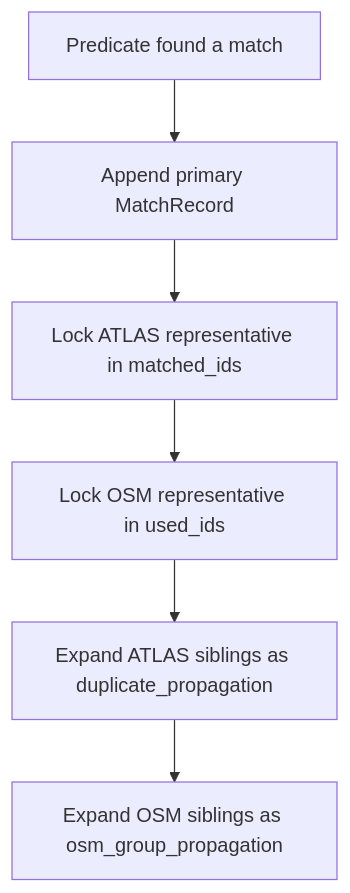
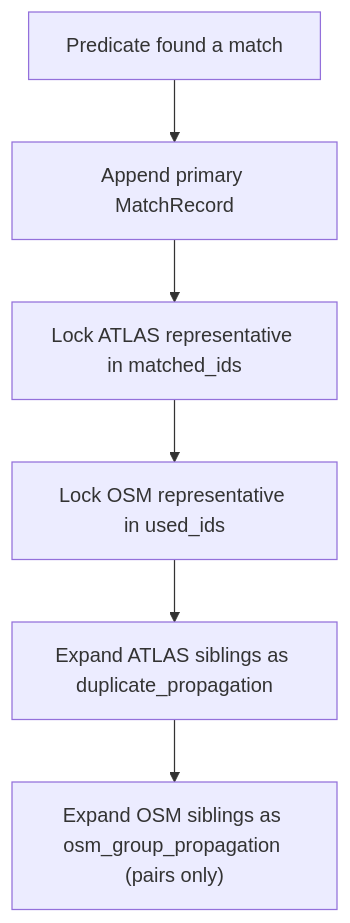
Before and after one commit to openTdataCH/stop_sync_osm_atlas: the fourth of 4 diagrams in documentation/2. Matching process.md, drawn with Mermaid. The commit also changed other lines of this file and 34 other files, not shown here.

````diff
--- a/documentation/2. Matching process.md
+++ b/documentation/2. Matching process.md
@@ -192,8 +197,8 @@
 ```mermaid
 flowchart TB
     A["Predicate found a match"] --> B["Append primary MatchRecord"]
     B --> C["Lock ATLAS representative in matched_ids"]
     C --> D["Lock OSM representative in used_ids"]
     D --> E["Expand ATLAS siblings as duplicate_propagation"]
-    E --> F["Expand OSM siblings as osm_group_propagation"]
+    E --> F["Expand OSM siblings as osm_group_propagation (pairs only)"]
 ```
````
